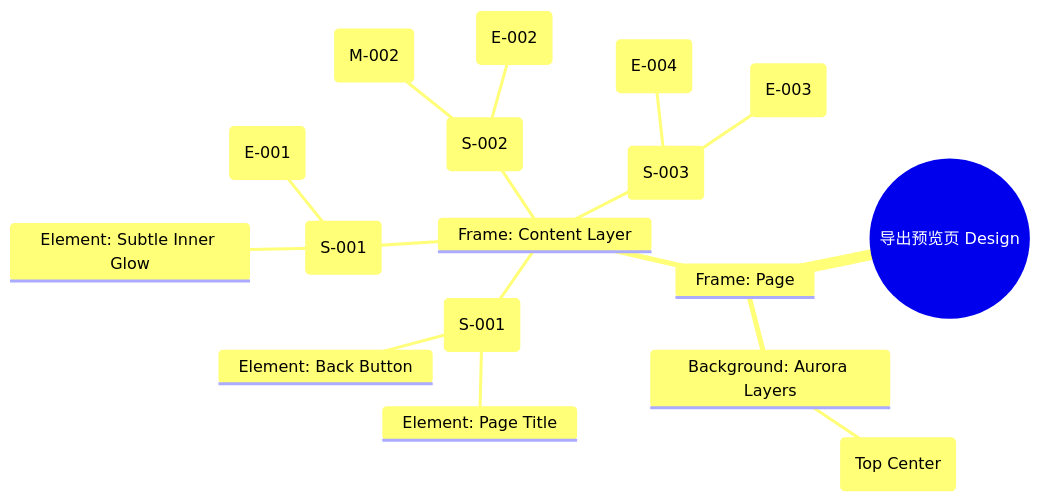
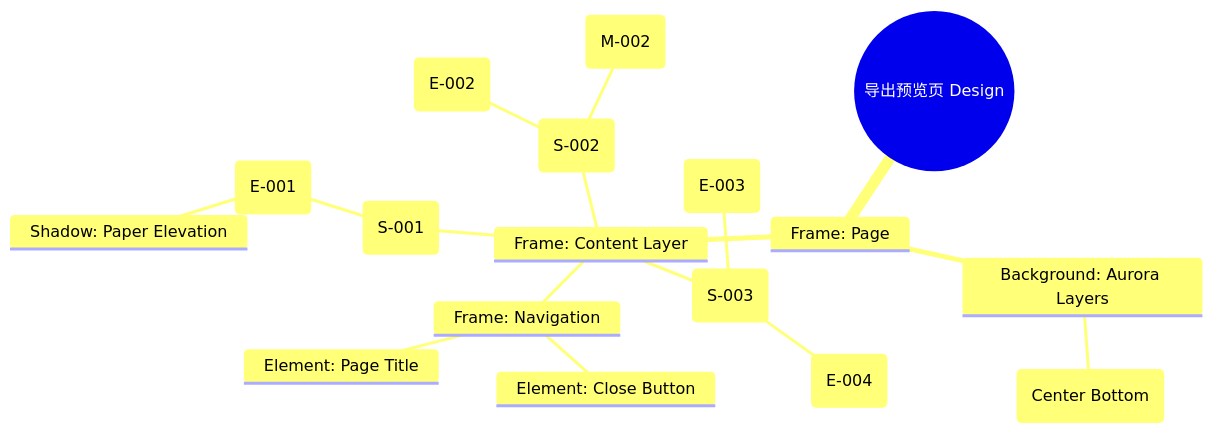
The diagram in product/release/design/070-export.md (WangTW98/PM-Document-Skills), drawn with Mermaid before and after one commit. The commit also changed other lines of this file and 14 other files, not shown here.

````diff
--- a/product/release/design/070-export.md
+++ b/product/release/design/070-export.md
@@ -47,20 +46,20 @@
 ```mermaid
 mindmap
   root((导出预览页 Design))
     Frame: Page
       Background: Aurora Layers
-        Blob: Cyan Glow (Top Center)
+        Blob: Blue Glow (Center Bottom)
       Frame: Content Layer
-        Frame: Navigation (S-001)
-          Element: Back Button
+        Frame: Navigation
+          Element: Close Button
           Element: Page Title
         Frame: Preview Canvas (S-001)
           Element: A4 Resume Window (E-001)
-          Element: Subtle Inner Glow
-        Frame: Template Selector (S-002)
-          Element: Horizontal List (E-002)
-          Element: VIP Lock Icon (M-002)
-        Frame: Action Footer (S-003)
-          Element: Export Button (E-003)
+            Shadow: Paper Elevation
+        Frame: Template Gallery (S-002)
+          Element: Template Card (E-002)
+          Element: VIP Indicator (M-002)
+        Frame: Action Section (S-003)
+          Element: Export PDF Button (E-003)
           Element: Share Icons (E-004)
 ```
````
